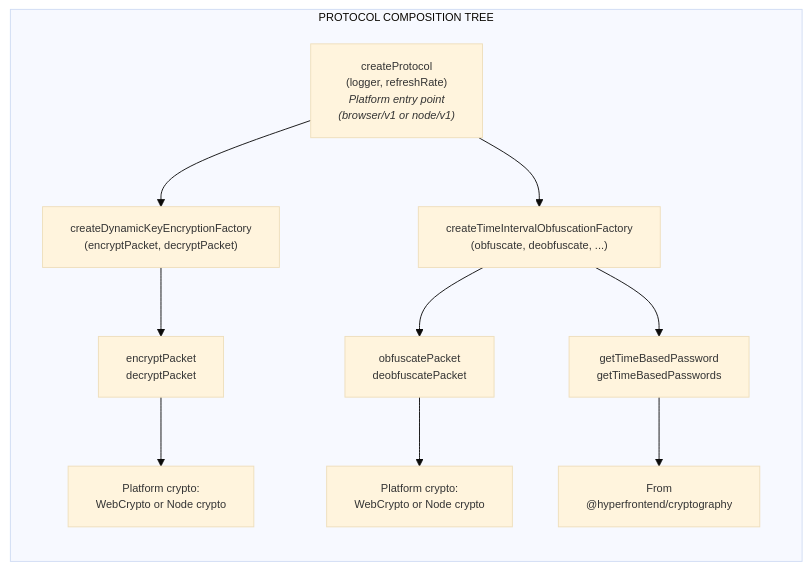
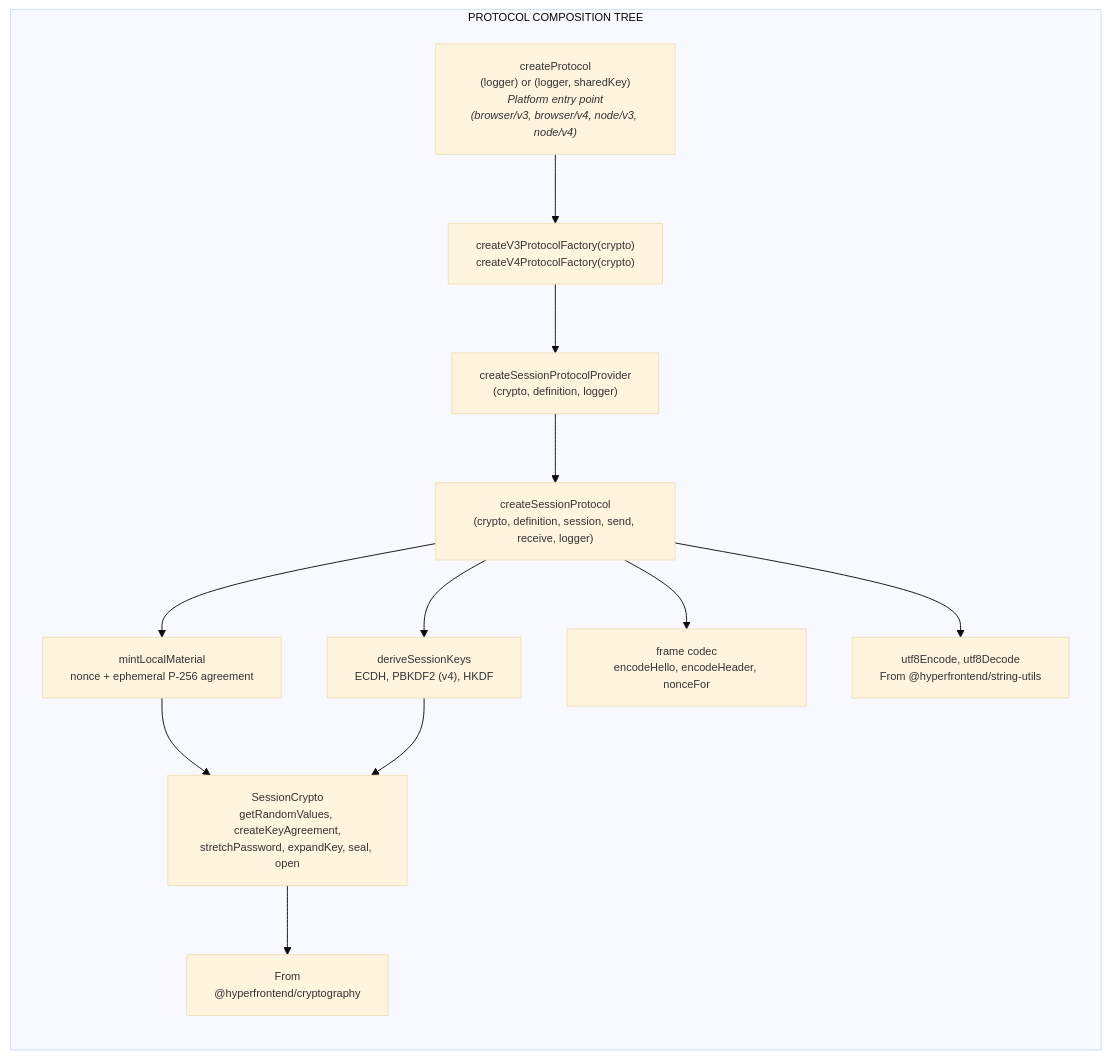
The first of 8 diagrams in libs/network-protocol/ARCHITECTURE.md (AndrewRedican/hyperfrontend), drawn with Mermaid before and after one commit. The commit also changed other lines of this file and 28 other files, not shown here.

Commit message:
docs(lib-network-protocol): describe the v3/v4 sessions envelope

````diff
--- a/libs/network-protocol/ARCHITECTURE.md
+++ b/libs/network-protocol/ARCHITECTURE.md
@@ -68,23 +79,25 @@
 ```mermaid
 ---
 config:
   theme: base
   themeVariables:
     fontSize: 12px
 ---
 flowchart BT
     subgraph ProtocolTree["PROTOCOL COMPOSITION TREE"]
-        CreateProtocol["createProtocol<br/>(logger, refreshRate)<br/><i>Platform entry point<br/>(browser/v1 or node/v1)</i>"]
+        CreateProtocol["createProtocol<br/>(logger) or (logger, sharedKey)<br/><i>Platform entry point<br/>(browser/v3, browser/v4, node/v3, node/v4)</i>"]
 
-        CreateProtocol --> EncFactory["createDynamicKeyEncryptionFactory<br/>(encryptPacket, decryptPacket)"]
-        CreateProtocol --> ObfFactory["createTimeIntervalObfuscationFactory<br/>(obfuscate, deobfuscate, ...)"]
+        CreateProtocol --> Factory["createV3ProtocolFactory(crypto)<br/>createV4ProtocolFactory(crypto)"]
+        Factory --> Provider["createSessionProtocolProvider<br/>(crypto, definition, logger)"]
+        Provider --> Session["createSessionProtocol<br/>(crypto, definition, session, send, receive, logger)"]
 
-        EncFactory --> EncDecrypt["encryptPacket<br/>decryptPacket"]
-        EncDecrypt --> PlatformCrypto1["Platform crypto:<br/>WebCrypto or Node crypto"]
+        Session --> Material["mintLocalMaterial<br/>nonce + ephemeral P-256 agreement"]
+        Session --> Derive["deriveSessionKeys<br/>ECDH, PBKDF2 (v4), HKDF"]
+        Session --> Frame["frame codec<br/>encodeHello, encodeHeader, nonceFor"]
 
-        ObfFactory --> ObfDeobf["obfuscatePacket<br/>deobfuscatePacket"]
-        ObfFactory --> TimePwd["getTimeBasedPassword<br/>getTimeBasedPasswords"]
-        ObfDeobf --> PlatformCrypto2["Platform crypto:<br/>WebCrypto or Node crypto"]
-        TimePwd --> CryptoLib["From<br/>@hyperfrontend/cryptography"]
+        Material --> Crypto["SessionCrypto<br/>getRandomValues, createKeyAgreement,<br/>stretchPassword, expandKey, seal, open"]
+        Derive --> Crypto
+        Crypto --> CryptoLib["From<br/>@hyperfrontend/cryptography"]
+        Session --> Codec["utf8Encode, utf8Decode<br/>From @hyperfrontend/string-utils"]
     end
 ```
````
